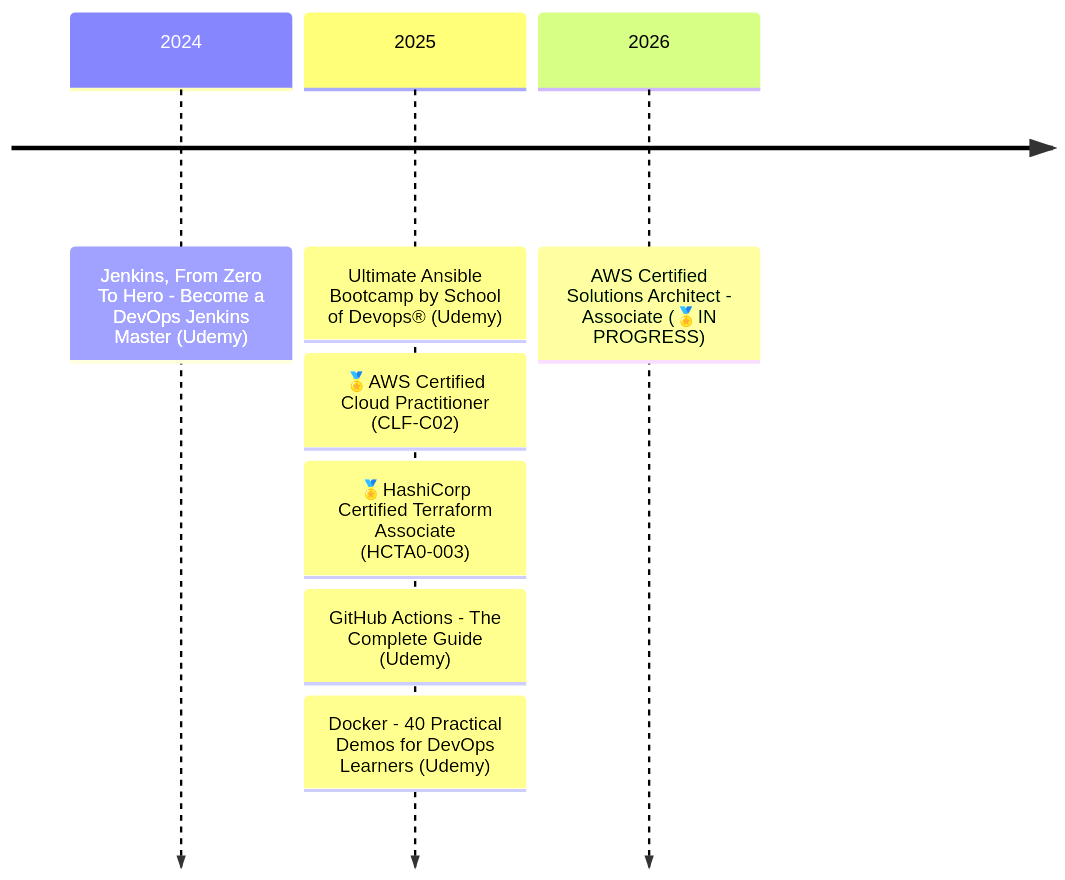
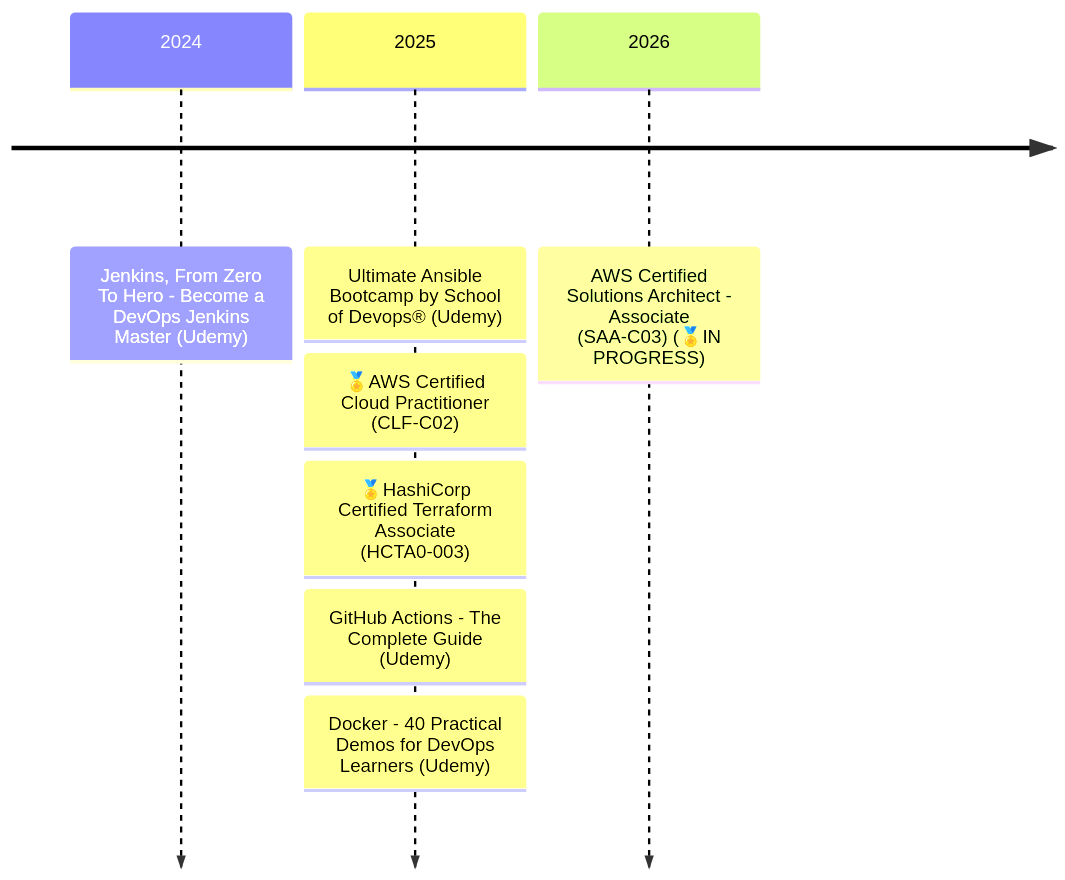
The diagram in content/about.md (rtdevx/rtdevx.github.io), drawn with Mermaid before and after one commit. The commit also changed other lines of this file, not shown here.

```diff
--- a/content/about.md
+++ b/content/about.md
@@ -65,10 +65,10 @@
 {{< mermaid >}}
 timeline
     2024 : Jenkins, From Zero To Hero - Become a DevOps Jenkins Master (Udemy)
     2025 : Ultimate Ansible Bootcamp by School of Devops® (Udemy)
          : 🏅AWS Certified Cloud Practitioner (CLF-C02)
          : 🏅HashiCorp Certified Terraform Associate (HCTA0-003)
          : GitHub Actions - The Complete Guide (Udemy)
          : Docker - 40 Practical Demos for DevOps Learners (Udemy)
-    2026 : AWS Certified Solutions Architect - Associate (🏅IN PROGRESS)
+    2026 : AWS Certified Solutions Architect - Associate (SAA-C03) (🏅IN PROGRESS)
 {{< /mermaid >}}
```
